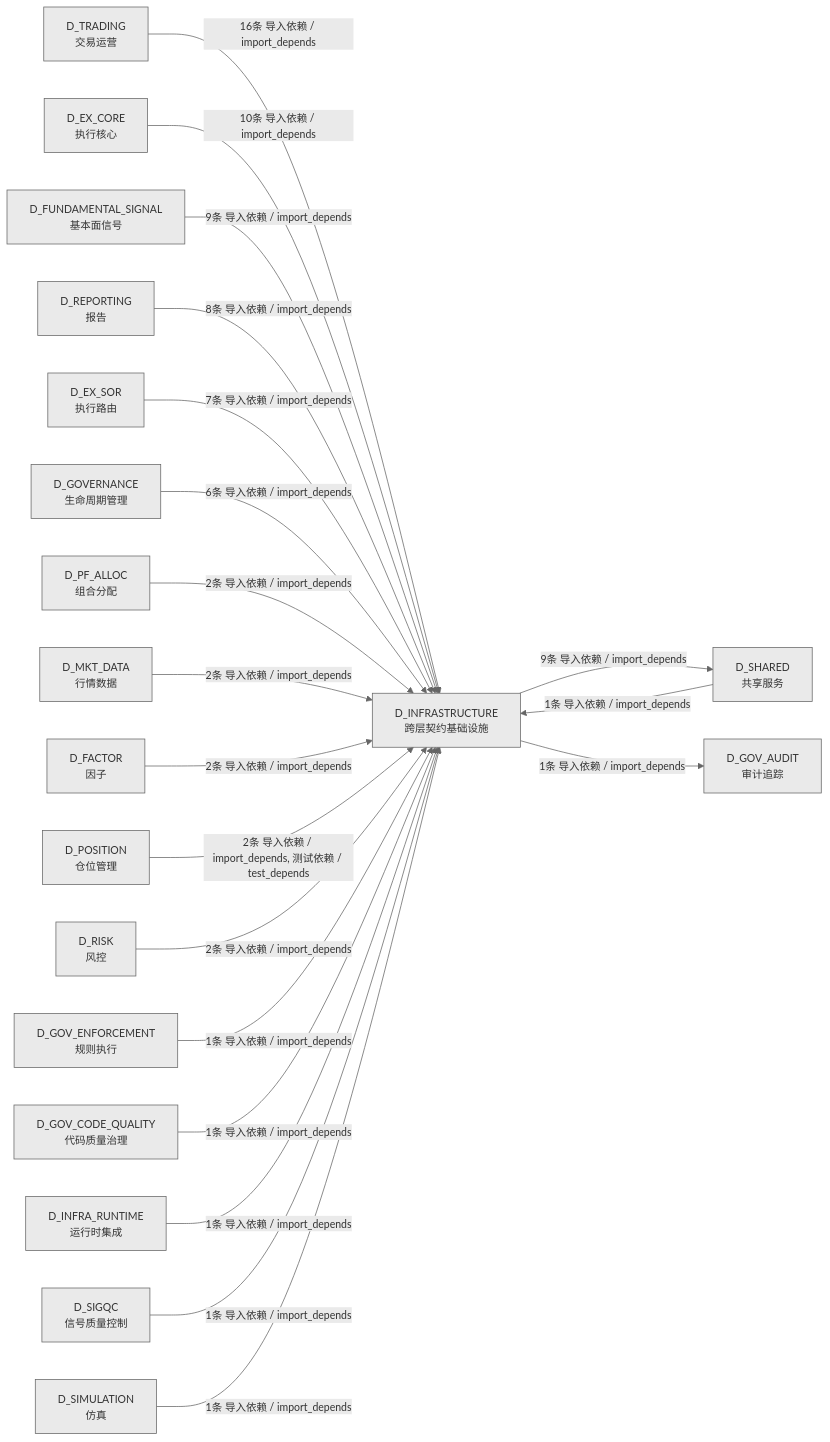
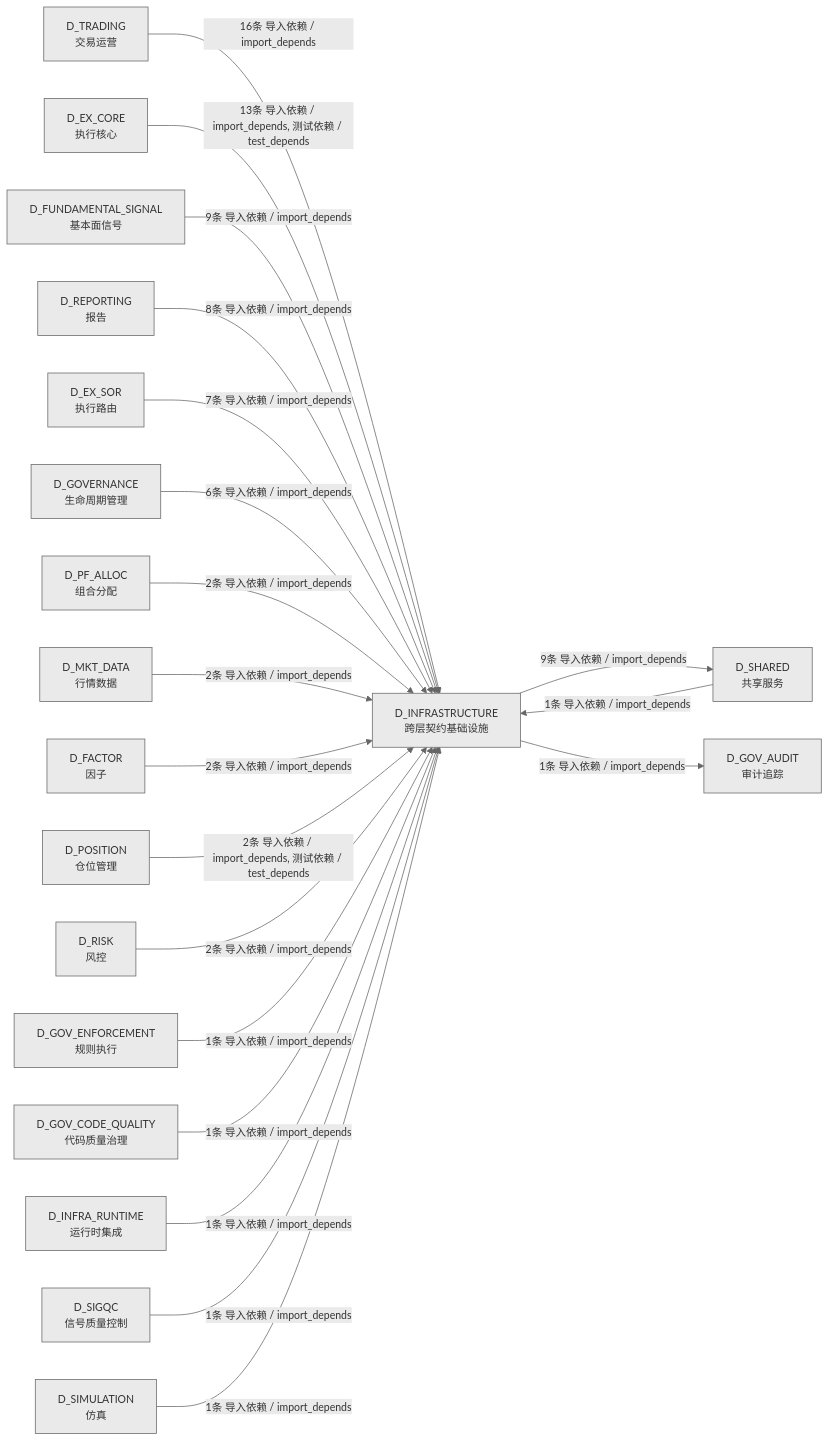
The third of 3 diagrams in docs/02_enterprise_architecture/02_domain_architecture_docs/02_d_infrastructure.md (xuanFelixVan/ZephyrAlpha), drawn with Mermaid before and after one commit. The commit also changed other lines of this file and 43 other files, not shown here.

````diff
--- a/docs/02_enterprise_architecture/02_domain_architecture_docs/02_d_infrastructure.md
+++ b/docs/02_enterprise_architecture/02_domain_architecture_docs/02_d_infrastructure.md
@@ -310,42 +313,42 @@
 ```mermaid
 %%{init: {'theme': 'base', 'themeVariables': {'primaryColor': '#eaeaea', 'primaryTextColor': '#333333', 'primaryBorderColor': '#666666', 'lineColor': '#666666', 'secondaryColor': '#eaeaea', 'tertiaryColor': '#eaeaea', 'fontSize': '14px'}}}%%
 graph LR
     D_INFRASTRUCTURE["D_INFRASTRUCTURE<br/>跨层契约基础设施"]
     D_SHARED["D_SHARED<br/>共享服务"]
     D_GOV_AUDIT["D_GOV_AUDIT<br/>审计追踪"]
     D_TRADING["D_TRADING<br/>交易运营"]
     D_EX_CORE["D_EX_CORE<br/>执行核心"]
     D_FUNDAMENTAL_SIGNAL["D_FUNDAMENTAL_SIGNAL<br/>基本面信号"]
     D_REPORTING["D_REPORTING<br/>报告"]
     D_EX_SOR["D_EX_SOR<br/>执行路由"]
     D_GOVERNANCE["D_GOVERNANCE<br/>生命周期管理"]
     D_PF_ALLOC["D_PF_ALLOC<br/>组合分配"]
     D_MKT_DATA["D_MKT_DATA<br/>行情数据"]
     D_FACTOR["D_FACTOR<br/>因子"]
     D_POSITION["D_POSITION<br/>仓位管理"]
     D_RISK["D_RISK<br/>风控"]
     D_GOV_ENFORCEMENT["D_GOV_ENFORCEMENT<br/>规则执行"]
     D_GOV_CODE_QUALITY["D_GOV_CODE_QUALITY<br/>代码质量治理"]
     D_INFRA_RUNTIME["D_INFRA_RUNTIME<br/>运行时集成"]
     D_SIGQC["D_SIGQC<br/>信号质量控制"]
     D_SIMULATION["D_SIMULATION<br/>仿真"]
     D_INFRASTRUCTURE -->|9条 导入依赖 / import_depends| D_SHARED
     D_INFRASTRUCTURE -->|1条 导入依赖 / import_depends| D_GOV_AUDIT
     D_TRADING -->|16条 导入依赖 / import_depends| D_INFRASTRUCTURE
-    D_EX_CORE -->|10条 导入依赖 / import_depends| D_INFRASTRUCTURE
+    D_EX_CORE -->|13条 导入依赖 / import_depends, 测试依赖 / test_depends| D_INFRASTRUCTURE
     D_FUNDAMENTAL_SIGNAL -->|9条 导入依赖 / import_depends| D_INFRASTRUCTURE
     D_REPORTING -->|8条 导入依赖 / import_depends| D_INFRASTRUCTURE
     D_EX_SOR -->|7条 导入依赖 / import_depends| D_INFRASTRUCTURE
     D_GOVERNANCE -->|6条 导入依赖 / import_depends| D_INFRASTRUCTURE
     D_PF_ALLOC -->|2条 导入依赖 / import_depends| D_INFRASTRUCTURE
     D_MKT_DATA -->|2条 导入依赖 / import_depends| D_INFRASTRUCTURE
     D_FACTOR -->|2条 导入依赖 / import_depends| D_INFRASTRUCTURE
     D_POSITION -->|2条 导入依赖 / import_depends, 测试依赖 / test_depends| D_INFRASTRUCTURE
     D_RISK -->|2条 导入依赖 / import_depends| D_INFRASTRUCTURE
     D_GOV_ENFORCEMENT -->|1条 导入依赖 / import_depends| D_INFRASTRUCTURE
     D_GOV_CODE_QUALITY -->|1条 导入依赖 / import_depends| D_INFRASTRUCTURE
     D_INFRA_RUNTIME -->|1条 导入依赖 / import_depends| D_INFRASTRUCTURE
     D_SHARED -->|1条 导入依赖 / import_depends| D_INFRASTRUCTURE
     D_SIGQC -->|1条 导入依赖 / import_depends| D_INFRASTRUCTURE
     D_SIMULATION -->|1条 导入依赖 / import_depends| D_INFRASTRUCTURE
 ```
````
